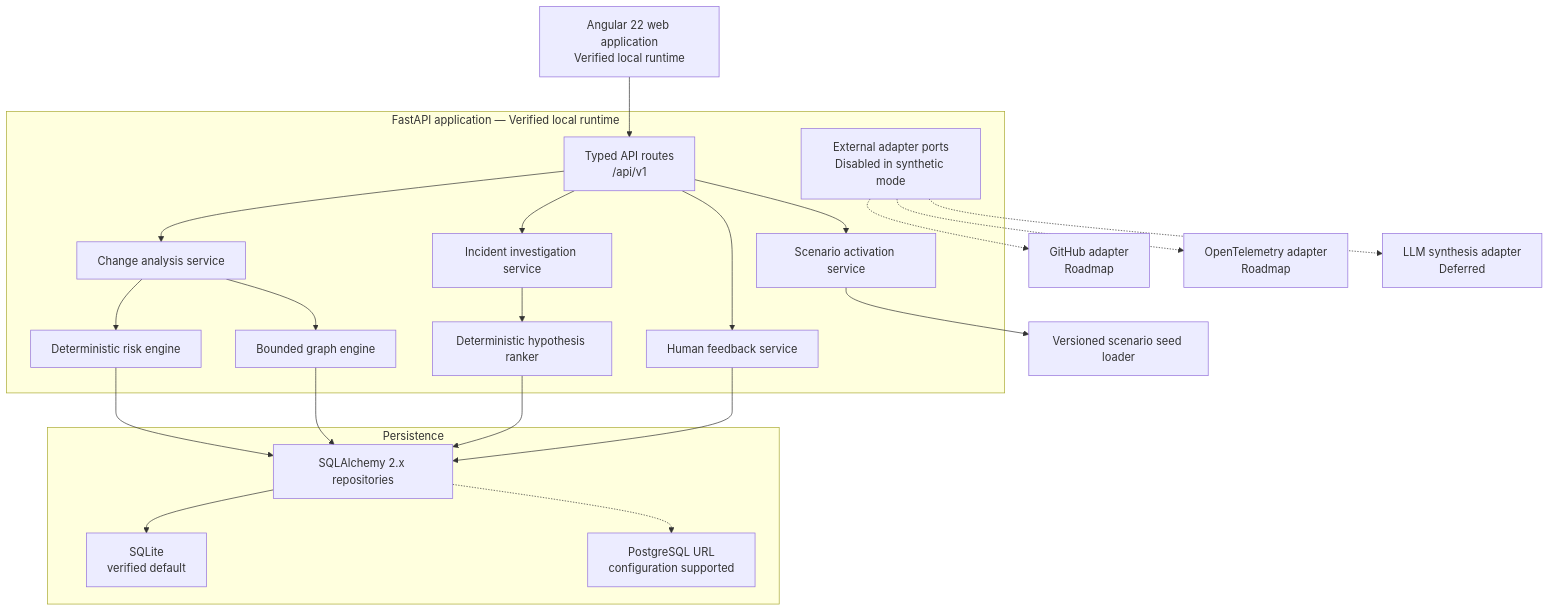
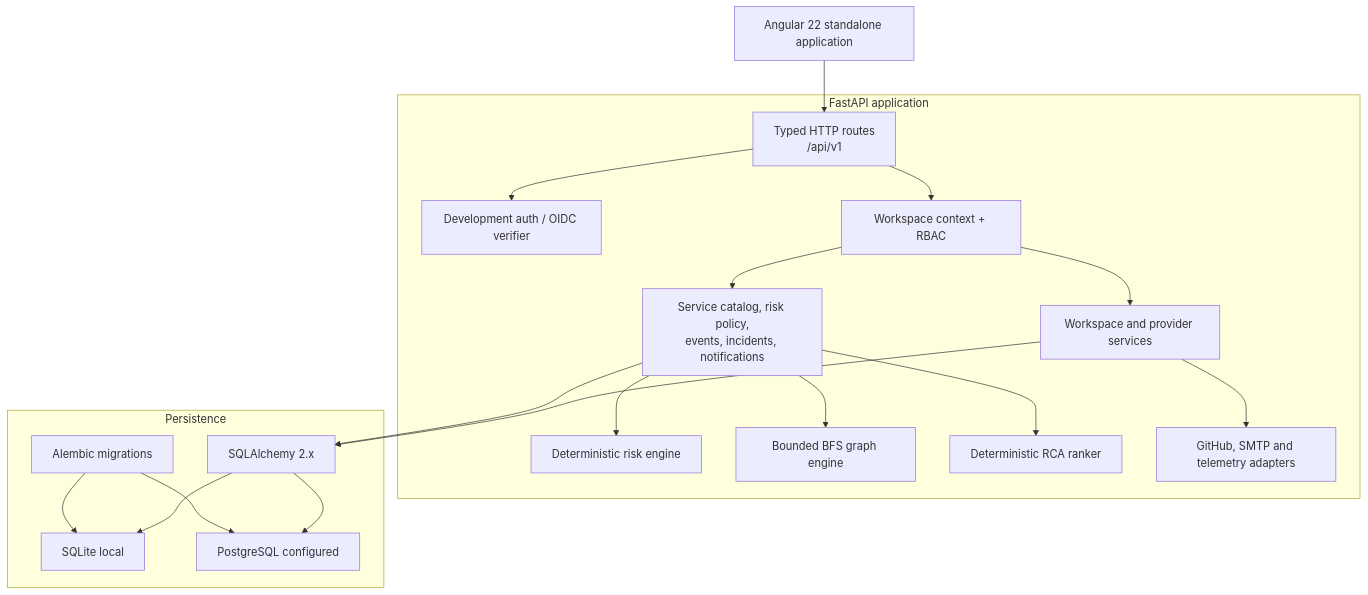
The second of 5 diagrams in docs/ARCHITECTURE.md (kingggg5/deployguardai), drawn with Mermaid before and after one commit. The commit also changed other lines of this file and 54 other files, not shown here.

````diff
--- a/docs/ARCHITECTURE.md
+++ b/docs/ARCHITECTURE.md
@@ -60,46 +73,39 @@
 ```mermaid
 flowchart TB
-    Browser["Angular 22 web application<br/>Verified local runtime"]
+    Browser["Angular 22 standalone application"]
 
-    subgraph API["FastAPI application — Verified local runtime"]
-        HTTP["Typed API routes<br/>/api/v1"]
-        Scenario["Scenario activation service"]
-        Change["Change analysis service"]
-        Incident["Incident investigation service"]
-        Feedback["Human feedback service"]
+    subgraph Backend["FastAPI application"]
+        Routes["Typed HTTP routes<br/>/api/v1"]
+        Auth["Development auth / OIDC verifier"]
+        Tenant["Workspace context + RBAC"]
+        Workspace["Workspace and provider services"]
+        Operations["Service catalog, risk policy,<br/>events, incidents, notifications"]
         Risk["Deterministic risk engine"]
-        Graph["Bounded graph engine"]
-        RCA["Deterministic hypothesis ranker"]
-        Adapters["External adapter ports<br/>Disabled in synthetic mode"]
+        Graph["Bounded BFS graph engine"]
+        RCA["Deterministic RCA ranker"]
+        Adapters["GitHub, SMTP and telemetry adapters"]
     end
 
-    subgraph Data["Persistence"]
-        ORM["SQLAlchemy 2.x repositories"]
-        SQLite["SQLite<br/>verified default"]
-        Postgres["PostgreSQL URL<br/>configuration supported"]
+    subgraph Persistence["Persistence"]
+        ORM["SQLAlchemy 2.x"]
+        Migration["Alembic migrations"]
+        SQLite["SQLite local"]
+        Postgres["PostgreSQL configured"]
     end
 
-    Seeder["Versioned scenario seed loader"]
-    GitHub["GitHub adapter<br/>Roadmap"]
-    Collector["OpenTelemetry adapter<br/>Roadmap"]
-    Synth["LLM synthesis adapter<br/>Deferred"]
-
-    Browser --> HTTP
-    HTTP --> Scenario
-    HTTP --> Change
-    HTTP --> Incident
-    HTTP --> Feedback
-    Scenario --> Seeder
-    Change --> Risk
-    Change --> Graph
-    Incident --> RCA
-    Risk --> ORM
-    Graph --> ORM
-    RCA --> ORM
-    Feedback --> ORM
+    Browser --> Routes
+    Routes --> Auth
+    Routes --> Tenant
+    Tenant --> Workspace
+    Tenant --> Operations
+    Operations --> Risk
+    Operations --> Graph
+    Operations --> RCA
+    Workspace --> Adapters
+    Workspace --> ORM
+    Operations --> ORM
     ORM --> SQLite
-    ORM -.-> Postgres
-    Adapters -.-> GitHub
-    Adapters -.-> Collector
-    Adapters -.-> Synth
+    ORM --> Postgres
+    Migration --> SQLite
+    Migration --> Postgres
 ```
````
